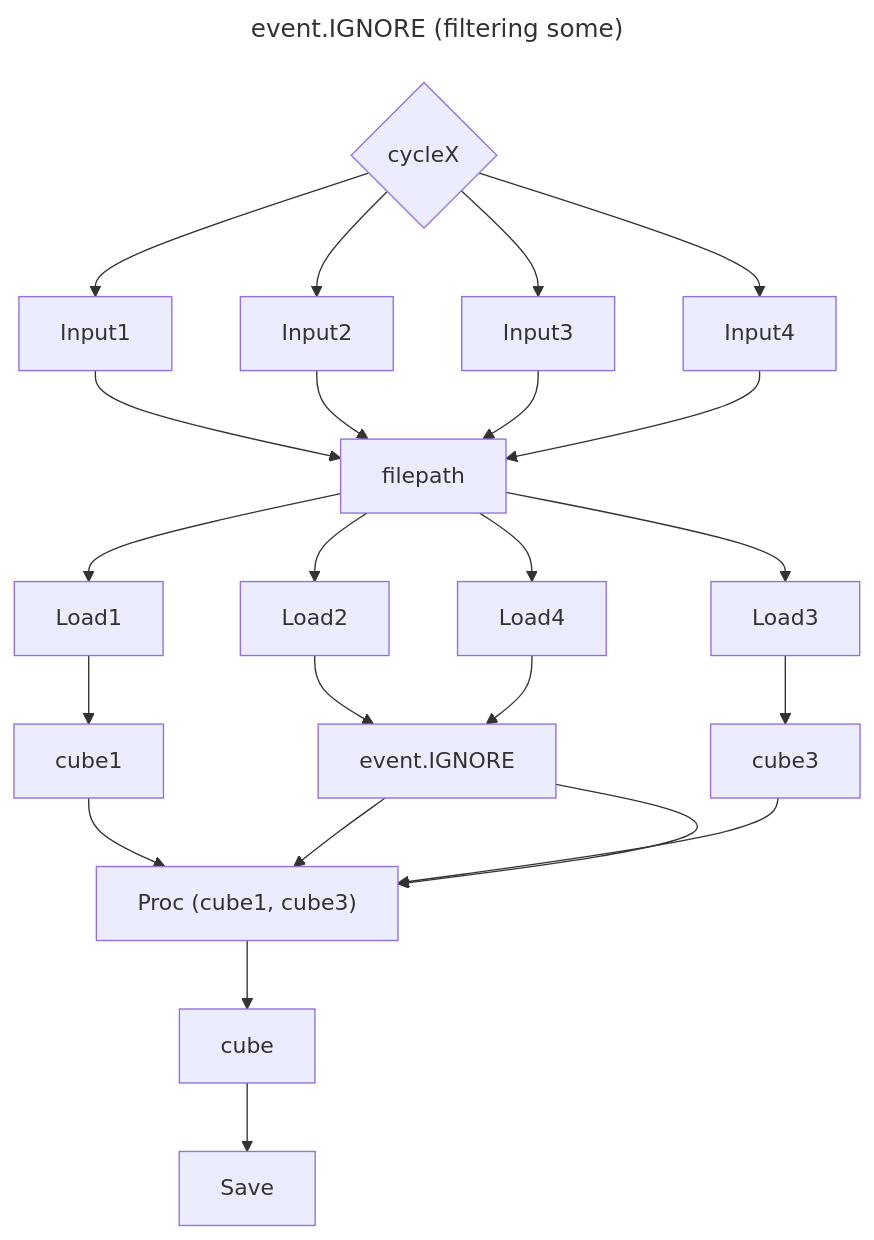
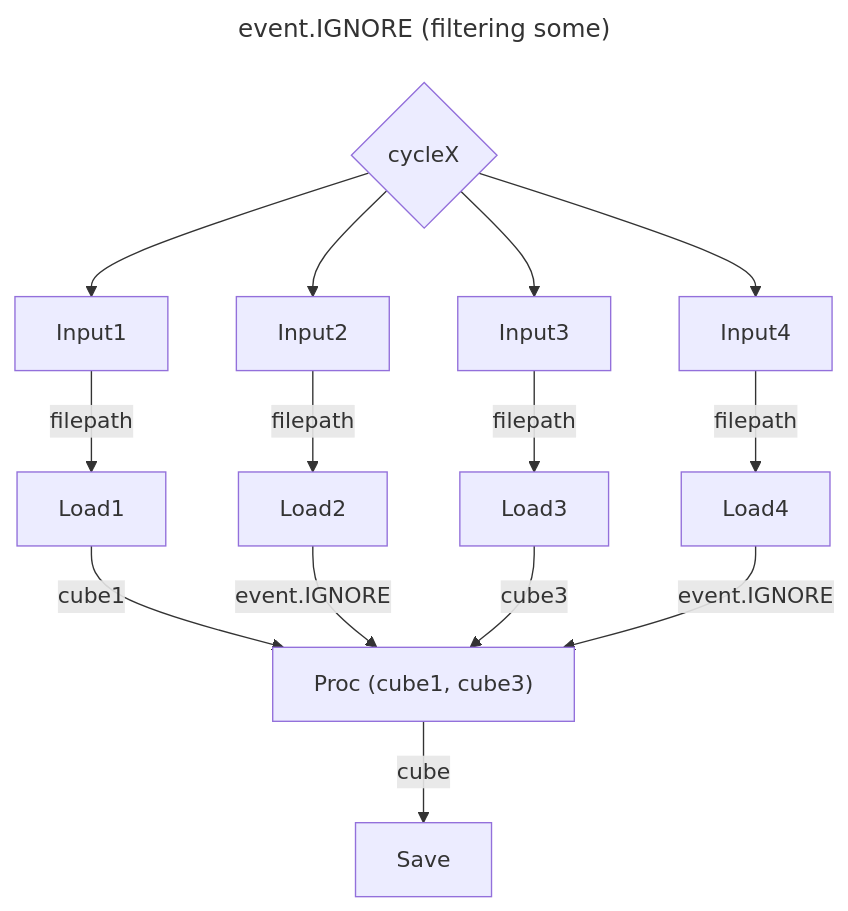
Before and after one commit to MetOffice/dagrunner: the first of 2 diagrams in docs/dagrunner.events.md, drawn with Mermaid. The commit also changed other lines of this file and 6 other files, not shown here.

````diff
--- a/docs/dagrunner.events.md
+++ b/docs/dagrunner.events.md
@@ -21,13 +21,13 @@
 ```mermaid
 ---
 title: event.IGNORE (filtering some)
 ---
 graph
     cycle1{cycleX}
-    cycle1 --> Input1 --> filepath --> Load1 --> cube1 --> Proc
-    cycle1 --> Input2 --> filepath --> Load2 --> event.IGNORE --> Proc
-    cycle1 --> Input3 --> filepath --> Load3 --> cube3 --> Proc
-    cycle1 --> Input4 --> filepath --> Load4 --> event.IGNORE --> Proc
-    Proc --> cube --> Save
+    cycle1 --> Input1 -- filepath --> Load1 --cube1 --> Proc
+    cycle1 --> Input2 -- filepath --> Load2 -- event.IGNORE --> Proc
+    cycle1 --> Input3 -- filepath --> Load3 -- cube3 --> Proc
+    cycle1 --> Input4 -- filepath --> Load4 -- event.IGNORE --> Proc
+    Proc -- cube --> Save
     Proc["Proc (cube1, cube3)"]
 ```
````
